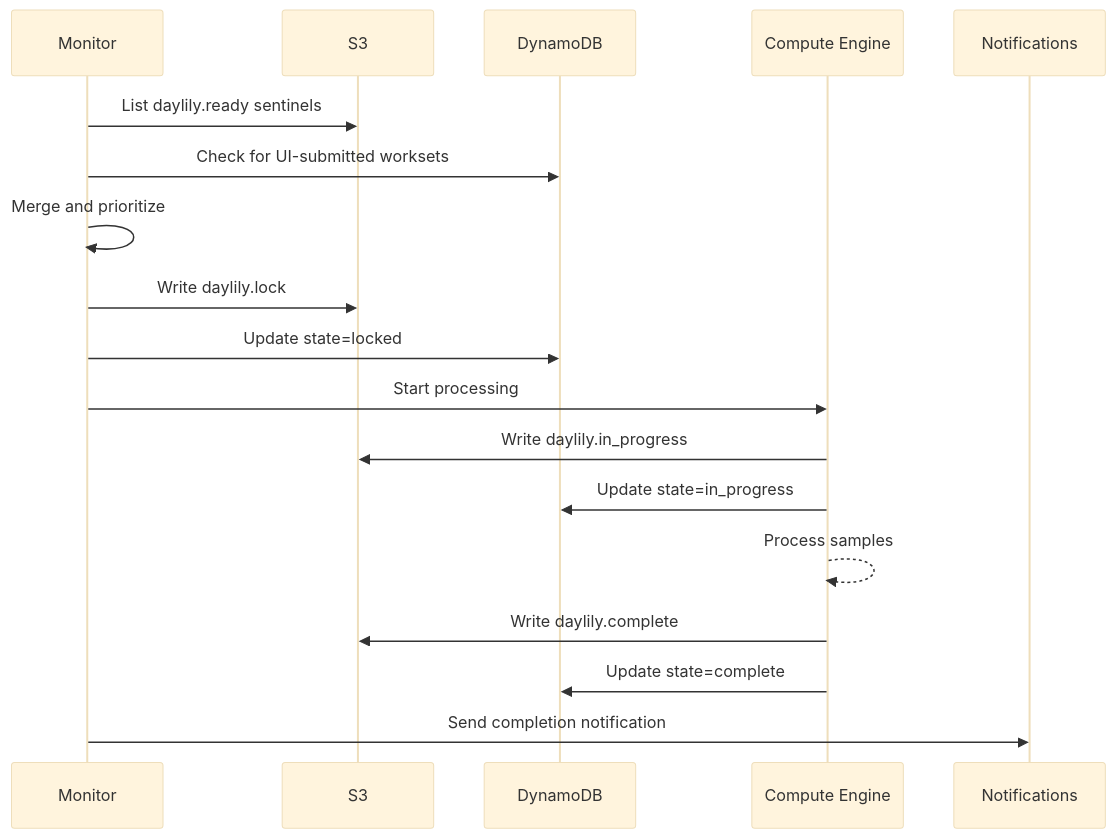
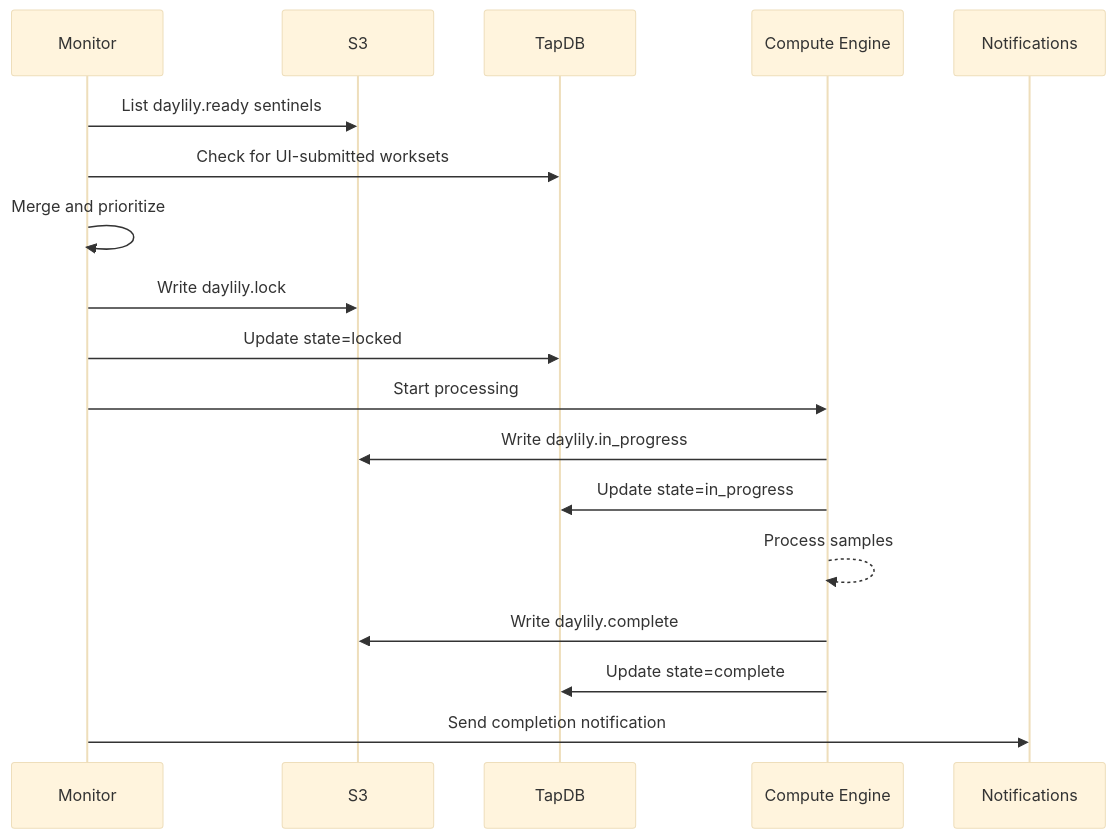
The third of 3 diagrams in docs/INTEGRATION_GUIDE.md (Daylily-Informatics/daylily-ursa), drawn with Mermaid (base theme) before and after one commit. The commit also changed other lines of this file and 77 other files, not shown here.

````diff
--- a/docs/INTEGRATION_GUIDE.md
+++ b/docs/INTEGRATION_GUIDE.md
@@ -225,21 +225,21 @@
 ```mermaid
 sequenceDiagram
     participant M as Monitor
     participant S as S3
-    participant D as DynamoDB
+    participant D as TapDB
     participant E as Compute Engine
     participant N as Notifications
 
     M->>S: List daylily.ready sentinels
     M->>D: Check for UI-submitted worksets
     M->>M: Merge and prioritize
     M->>S: Write daylily.lock
     M->>D: Update state=locked
     M->>E: Start processing
     E->>S: Write daylily.in_progress
     E->>D: Update state=in_progress
     E-->>E: Process samples
     E->>S: Write daylily.complete
     E->>D: Update state=complete
     M->>N: Send completion notification
 ```
````
